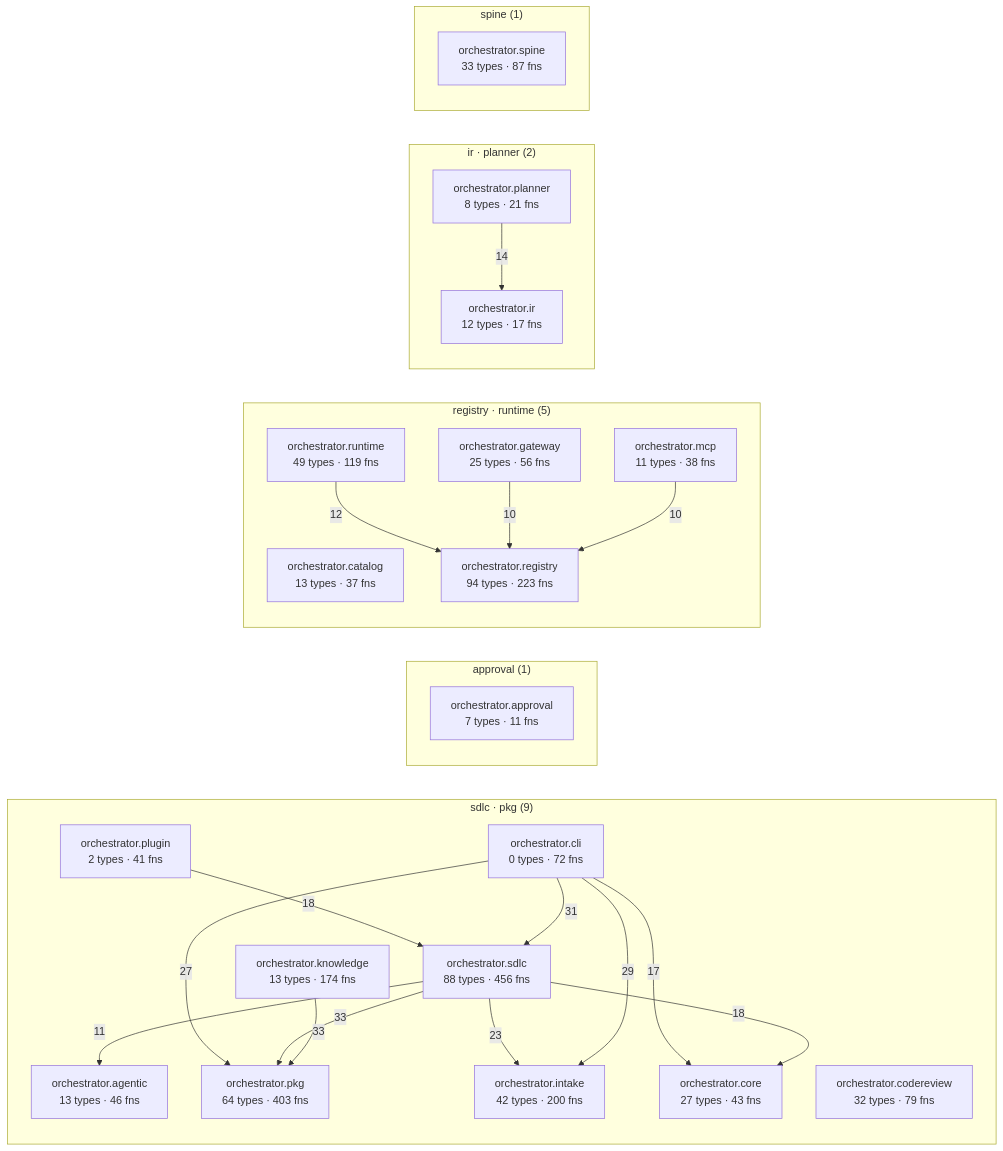
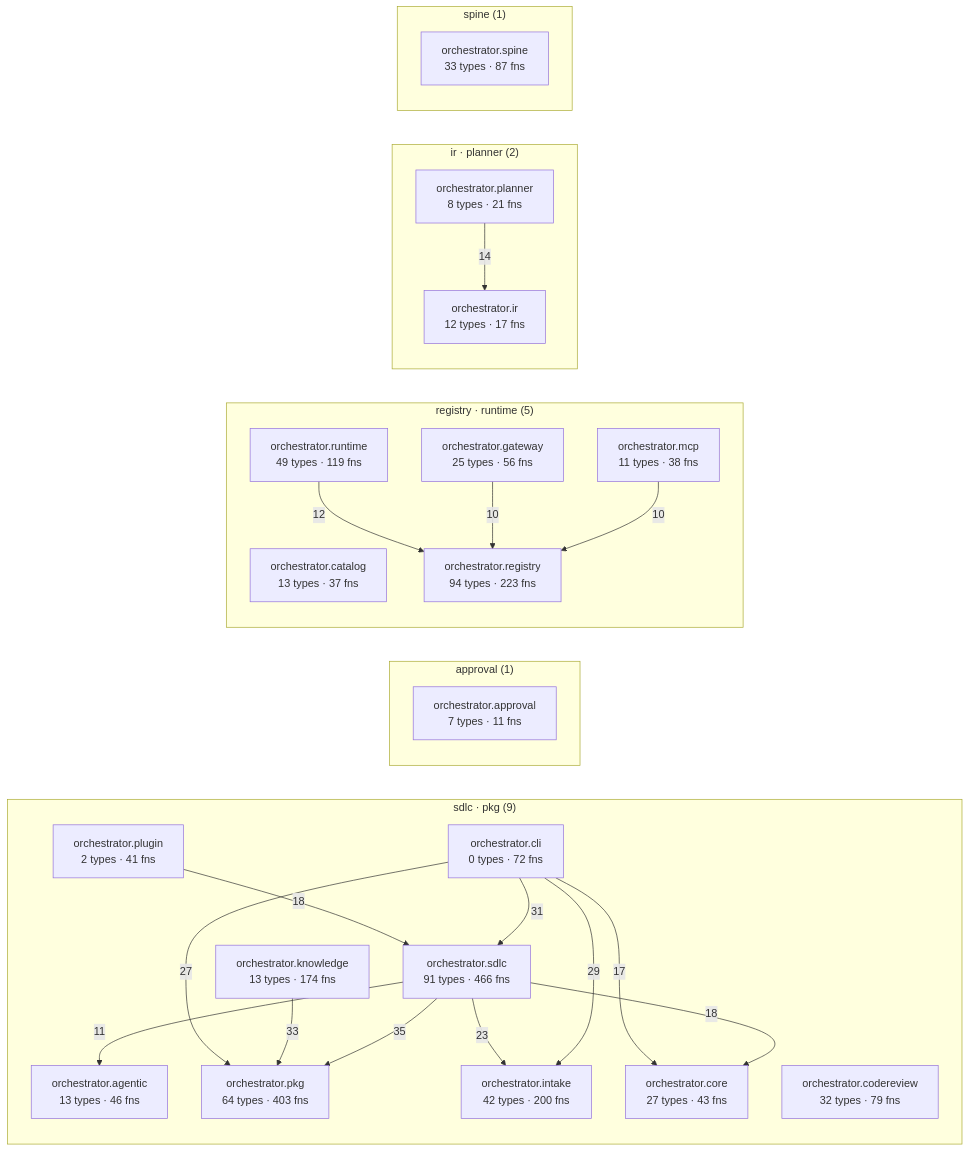
The diagram in episteme/architecture.md (synaptixs/spine), drawn with Mermaid before and after one commit. The commit also changed other lines of this file and 10 other files, not shown here.

````diff
--- a/episteme/architecture.md
+++ b/episteme/architecture.md
@@ -54,45 +54,45 @@
 ```mermaid
 flowchart LR
   subgraph c_1["sdlc · pkg (9)"]
     aorchestratoragentic["orchestrator.agentic<br/>13 types · 46 fns"]
     aorchestratorcli["orchestrator.cli<br/>0 types · 72 fns"]
     aorchestratorcodereview["orchestrator.codereview<br/>32 types · 79 fns"]
     aorchestratorcore["orchestrator.core<br/>27 types · 43 fns"]
     aorchestratorintake["orchestrator.intake<br/>42 types · 200 fns"]
     aorchestratorknowledge["orchestrator.knowledge<br/>13 types · 174 fns"]
     aorchestratorpkg["orchestrator.pkg<br/>64 types · 403 fns"]
     aorchestratorplugin["orchestrator.plugin<br/>2 types · 41 fns"]
-    aorchestratorsdlc["orchestrator.sdlc<br/>88 types · 456 fns"]
+    aorchestratorsdlc["orchestrator.sdlc<br/>91 types · 466 fns"]
   end
   subgraph c_2["approval (1)"]
     aorchestratorapproval["orchestrator.approval<br/>7 types · 11 fns"]
   end
   subgraph c_3["registry · runtime (5)"]
     aorchestratorcatalog["orchestrator.catalog<br/>13 types · 37 fns"]
     aorchestratorgateway["orchestrator.gateway<br/>25 types · 56 fns"]
     aorchestratormcp["orchestrator.mcp<br/>11 types · 38 fns"]
     aorchestratorregistry["orchestrator.registry<br/>94 types · 223 fns"]
     aorchestratorruntime["orchestrator.runtime<br/>49 types · 119 fns"]
   end
   subgraph c_7["ir · planner (2)"]
     aorchestratorir["orchestrator.ir<br/>12 types · 17 fns"]
     aorchestratorplanner["orchestrator.planner<br/>8 types · 21 fns"]
   end
   subgraph c_11["spine (1)"]
     aorchestratorspine["orchestrator.spine<br/>33 types · 87 fns"]
   end
+  aorchestratorsdlc -->|35| aorchestratorpkg
   aorchestratorknowledge -->|33| aorchestratorpkg
-  aorchestratorsdlc -->|33| aorchestratorpkg
   aorchestratorcli -->|31| aorchestratorsdlc
   aorchestratorcli -->|29| aorchestratorintake
   aorchestratorcli -->|27| aorchestratorpkg
   aorchestratorsdlc -->|23| aorchestratorintake
   aorchestratorplugin -->|18| aorchestratorsdlc
   aorchestratorsdlc -->|18| aorchestratorcore
   aorchestratorcli -->|17| aorchestratorcore
   aorchestratorplanner -->|14| aorchestratorir
   aorchestratorruntime -->|12| aorchestratorregistry
   aorchestratorsdlc -->|11| aorchestratoragentic
   aorchestratorgateway -->|10| aorchestratorregistry
   aorchestratormcp -->|10| aorchestratorregistry
 ```
````
